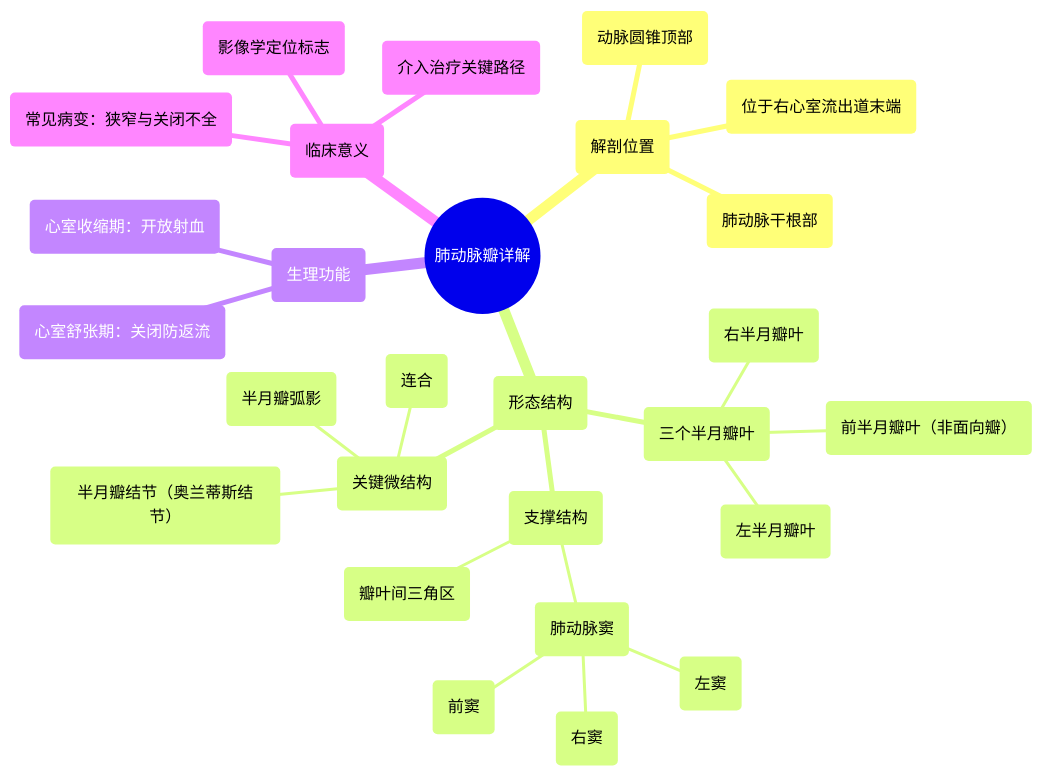
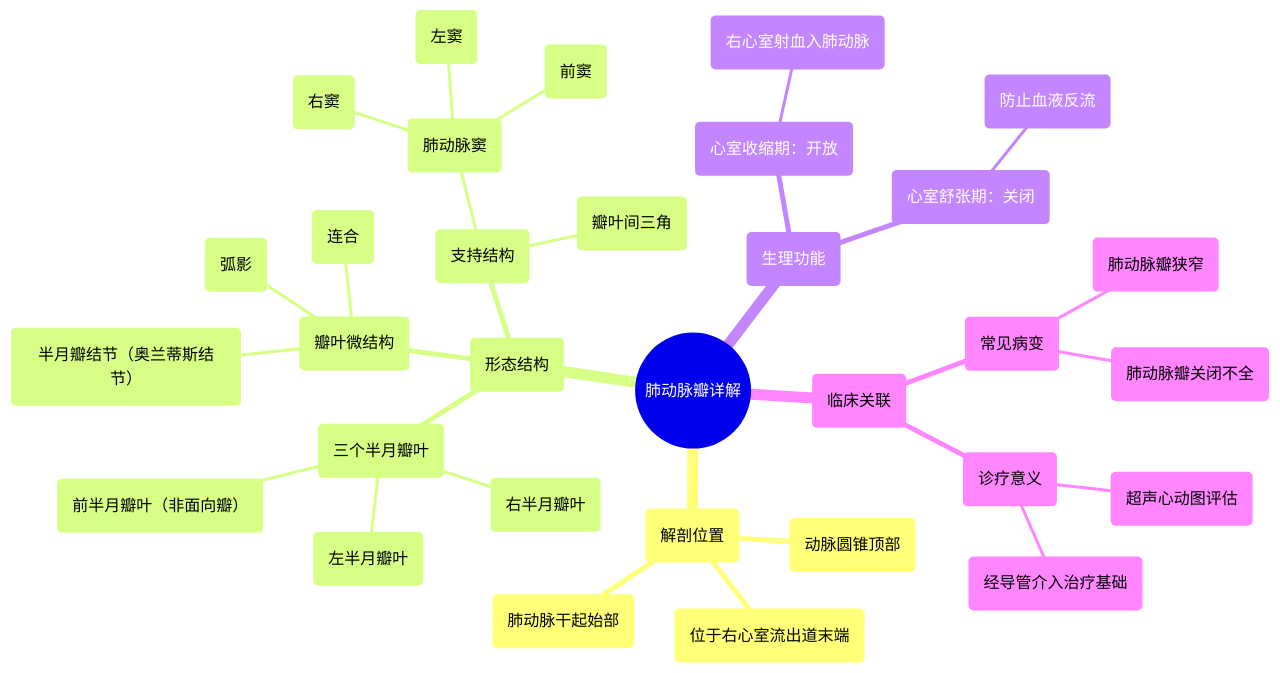
The diagram in docs/专辑 01：心脏解剖学实景课 (Heart Anatomy - Course)/11 360 video - Pulmonary Valve - Explained in Mixed Reality.md (hello-47777/xinxueguan), drawn with Mermaid before and after one commit. The commit also changed other lines of this file and 414 other files, not shown here.

````diff
--- a/docs/专辑 01：心脏解剖学实景课 (Heart Anatomy - Course)/11 360 video - Pulmonary Valve - Explained in Mixed Reality.md
+++ b/docs/专辑 01：心脏解剖学实景课 (Heart Anatomy - Course)/11 360 video - Pulmonary Valve - Explained in Mixed Reality.md
@@ -52,30 +46,35 @@
 ```mermaid
 mindmap
   root(("肺动脉瓣详解"))
     ("解剖位置")
       ("位于右心室流出道末端")
-      ("肺动脉干根部")
       ("动脉圆锥顶部")
+      ("肺动脉干起始部")
     ("形态结构")
       ("三个半月瓣叶")
         ("左半月瓣叶")
         ("右半月瓣叶")
         ("前半月瓣叶（非面向瓣）")
-      ("关键微结构")
+      ("瓣叶微结构")
         ("半月瓣结节（奥兰蒂斯结节）")
-        ("半月瓣弧影")
+        ("弧影")
         ("连合")
-      ("支撑结构")
+      ("支持结构")
         ("肺动脉窦")
           ("右窦")
           ("左窦")
           ("前窦")
-        ("瓣叶间三角区")
+        ("瓣叶间三角")
     ("生理功能")
-      ("心室收缩期：开放射血")
-      ("心室舒张期：关闭防返流")
-    ("临床意义")
-      ("常见病变：狭窄与关闭不全")
-      ("影像学定位标志")
-      ("介入治疗关键路径")
+      ("心室收缩期：开放")
+        ("右心室射血入肺动脉")
+      ("心室舒张期：关闭")
+        ("防止血液反流")
+    ("临床关联")
+      ("常见病变")
+        ("肺动脉瓣狭窄")
+        ("肺动脉瓣关闭不全")
+      ("诊疗意义")
+        ("超声心动图评估")
+        ("经导管介入治疗基础")
 ```
````
